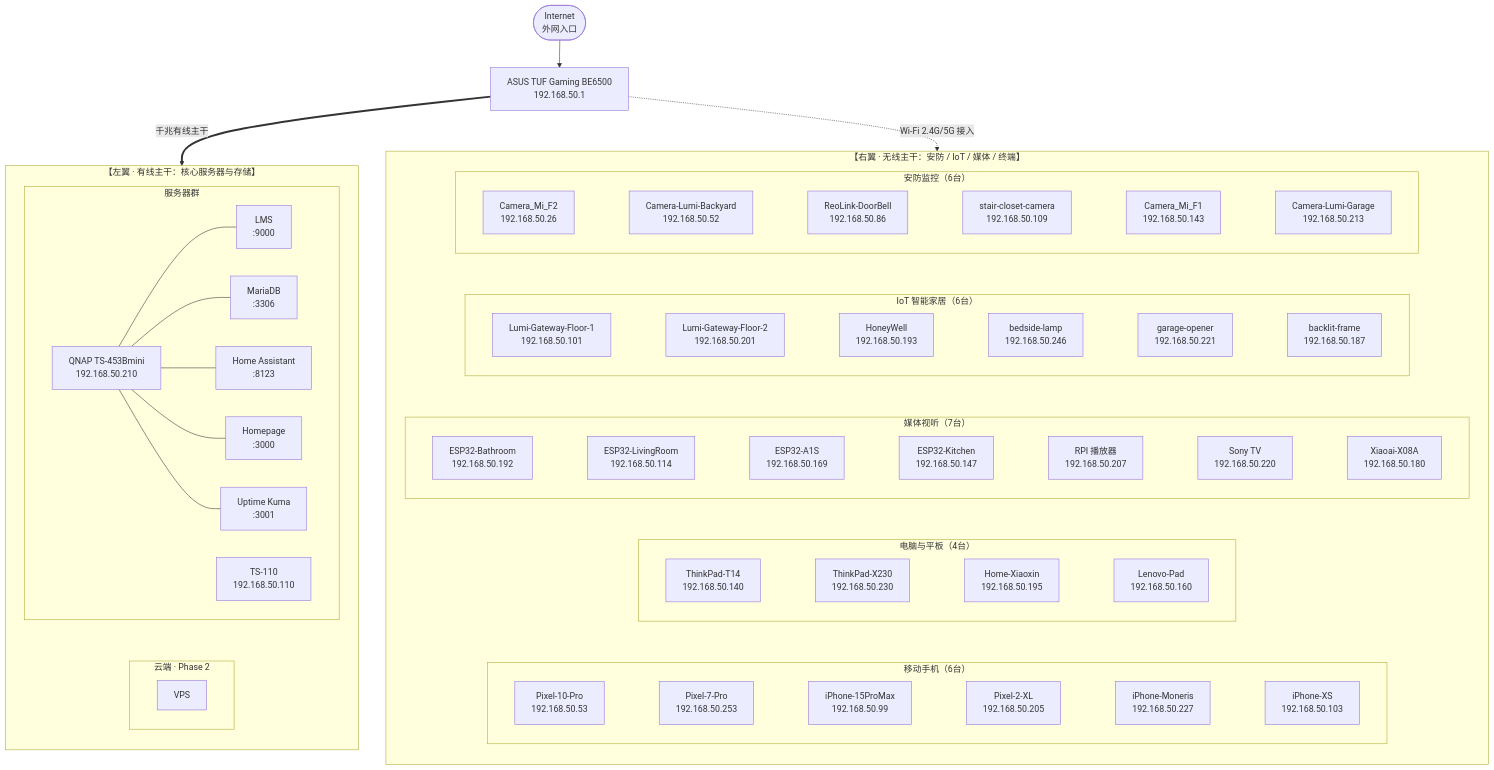
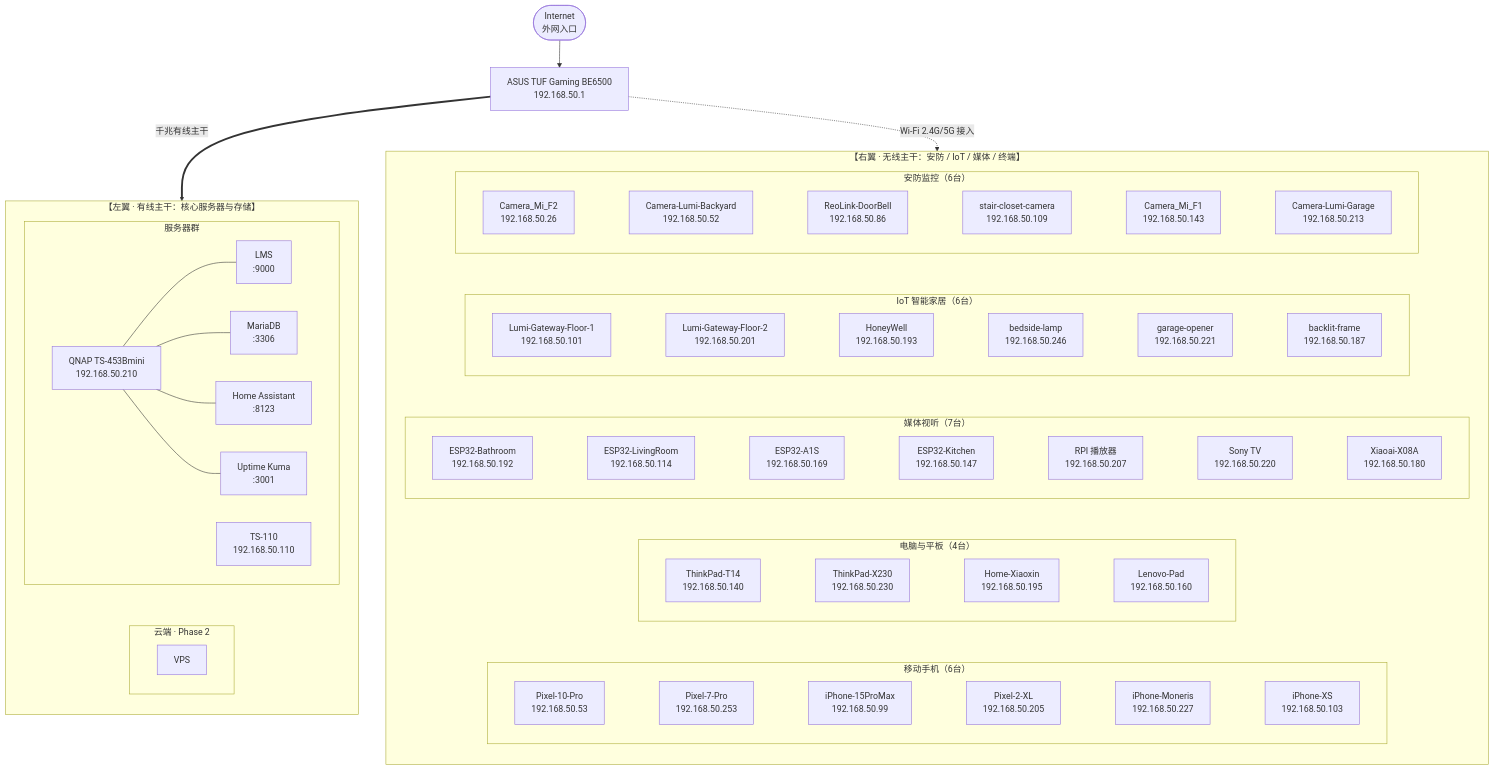
Before and after one commit to holefrog/Ansible_Topology: the diagram in output/topology.md, drawn with Mermaid. The commit also changed 11 other files, not shown here.

```diff
--- a/output/topology.md
+++ b/output/topology.md
@@ -21,15 +21,13 @@
             D2 --- D4
             D5["Home Assistant<br/>:8123"]
             D2 --- D5
-            D6["Homepage<br/>:3000"]
+            D6["Uptime Kuma<br/>:3001"]
             D2 --- D6
-            D7["Uptime Kuma<br/>:3001"]
-            D2 --- D7
-            D8["TS-110<br/>192.168.50.110"]
+            D7["TS-110<br/>192.168.50.110"]
         end
 
         subgraph SG_Cloud ["云端 · Phase 2"]
-            D9["VPS"]
+            D8["VPS"]
         end
         SG_Server ~~~ SG_Cloud
     end
@@ -38,52 +36,52 @@
         direction TB
         subgraph SG_Sec ["安防监控（6台）"]
             direction LR
-            D10["Camera_Mi_F2<br/>192.168.50.26"]
-            D11["Camera-Lumi-Backyard<br/>192.168.50.52"]
-            D12["ReoLink-DoorBell<br/>192.168.50.86"]
-            D13["stair-closet-camera<br/>192.168.50.109"]
-            D14["Camera_Mi_F1<br/>192.168.50.143"]
-            D15["Camera-Lumi-Garage<br/>192.168.50.213"]
-            D10 ~~~ D11 ~~~ D12 ~~~ D13 ~~~ D14 ~~~ D15
+            D9["Camera_Mi_F2<br/>192.168.50.26"]
+            D10["Camera-Lumi-Backyard<br/>192.168.50.52"]
+            D11["ReoLink-DoorBell<br/>192.168.50.86"]
+            D12["stair-closet-camera<br/>192.168.50.109"]
+            D13["Camera_Mi_F1<br/>192.168.50.143"]
+            D14["Camera-Lumi-Garage<br/>192.168.50.213"]
+            D9 ~~~ D10 ~~~ D11 ~~~ D12 ~~~ D13 ~~~ D14
         end
         subgraph SG_IoT ["IoT 智能家居（6台）"]
             direction LR
-            D16["Lumi-Gateway-Floor-1<br/>192.168.50.101"]
-            D17["Lumi-Gateway-Floor-2<br/>192.168.50.201"]
-            D18["HoneyWell<br/>192.168.50.193"]
-            D19["bedside-lamp<br/>192.168.50.246"]
-            D20["garage-opener<br/>192.168.50.221"]
-            D21["backlit-frame<br/>192.168.50.187"]
-            D16 ~~~ D17 ~~~ D18 ~~~ D19 ~~~ D20 ~~~ D21
+            D15["Lumi-Gateway-Floor-1<br/>192.168.50.101"]
+            D16["Lumi-Gateway-Floor-2<br/>192.168.50.201"]
+            D17["HoneyWell<br/>192.168.50.193"]
+            D18["bedside-lamp<br/>192.168.50.246"]
+            D19["garage-opener<br/>192.168.50.221"]
+            D20["backlit-frame<br/>192.168.50.187"]
+            D15 ~~~ D16 ~~~ D17 ~~~ D18 ~~~ D19 ~~~ D20
         end
         subgraph SG_Media ["媒体视听（7台）"]
             direction LR
-            D22["ESP32-Bathroom<br/>192.168.50.192"]
-            D23["ESP32-LivingRoom<br/>192.168.50.114"]
-            D24["ESP32-A1S<br/>192.168.50.169"]
-            D25["ESP32-Kitchen<br/>192.168.50.147"]
-            D26["RPI 播放器<br/>192.168.50.207"]
-            D27["Sony TV<br/>192.168.50.220"]
-            D28["Xiaoai-X08A<br/>192.168.50.180"]
-            D22 ~~~ D23 ~~~ D24 ~~~ D25 ~~~ D26 ~~~ D27 ~~~ D28
+            D21["ESP32-Bathroom<br/>192.168.50.192"]
+            D22["ESP32-LivingRoom<br/>192.168.50.114"]
+            D23["ESP32-A1S<br/>192.168.50.169"]
+            D24["ESP32-Kitchen<br/>192.168.50.147"]
+            D25["RPI 播放器<br/>192.168.50.207"]
+            D26["Sony TV<br/>192.168.50.220"]
+            D27["Xiaoai-X08A<br/>192.168.50.180"]
+            D21 ~~~ D22 ~~~ D23 ~~~ D24 ~~~ D25 ~~~ D26 ~~~ D27
         end
         subgraph SG_PC ["电脑与平板（4台）"]
             direction LR
-            D29["ThinkPad-T14<br/>192.168.50.140"]
-            D30["ThinkPad-X230<br/>192.168.50.230"]
-            D31["Home-Xiaoxin<br/>192.168.50.195"]
-            D32["Lenovo-Pad<br/>192.168.50.160"]
-            D29 ~~~ D30 ~~~ D31 ~~~ D32
+            D28["ThinkPad-T14<br/>192.168.50.140"]
+            D29["ThinkPad-X230<br/>192.168.50.230"]
+            D30["Home-Xiaoxin<br/>192.168.50.195"]
+            D31["Lenovo-Pad<br/>192.168.50.160"]
+            D28 ~~~ D29 ~~~ D30 ~~~ D31
         end
         subgraph SG_Mobile ["移动手机（6台）"]
             direction LR
-            D33["Pixel-10-Pro<br/>192.168.50.53"]
-            D34["Pixel-7-Pro<br/>192.168.50.253"]
-            D35["iPhone-15ProMax<br/>192.168.50.99"]
-            D36["Pixel-2-XL<br/>192.168.50.205"]
-            D37["iPhone-Moneris<br/>192.168.50.227"]
-            D38["iPhone-XS<br/>192.168.50.103"]
-            D33 ~~~ D34 ~~~ D35 ~~~ D36 ~~~ D37 ~~~ D38
+            D32["Pixel-10-Pro<br/>192.168.50.53"]
+            D33["Pixel-7-Pro<br/>192.168.50.253"]
+            D34["iPhone-15ProMax<br/>192.168.50.99"]
+            D35["Pixel-2-XL<br/>192.168.50.205"]
+            D36["iPhone-Moneris<br/>192.168.50.227"]
+            D37["iPhone-XS<br/>192.168.50.103"]
+            D32 ~~~ D33 ~~~ D34 ~~~ D35 ~~~ D36 ~~~ D37
         end
 
         SG_Sec ~~~ SG_IoT ~~~ SG_Media ~~~ SG_PC ~~~ SG_Mobile
```
